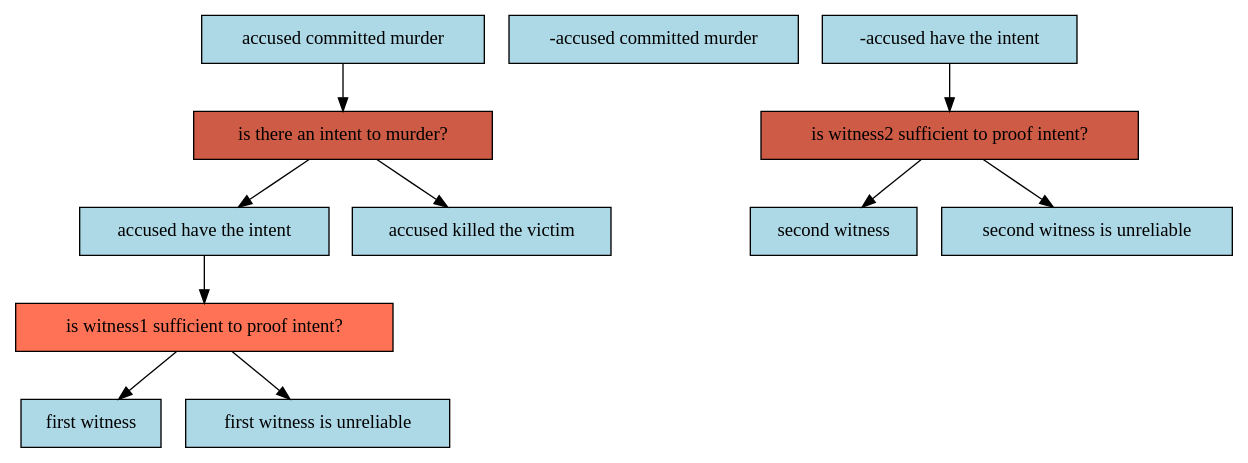
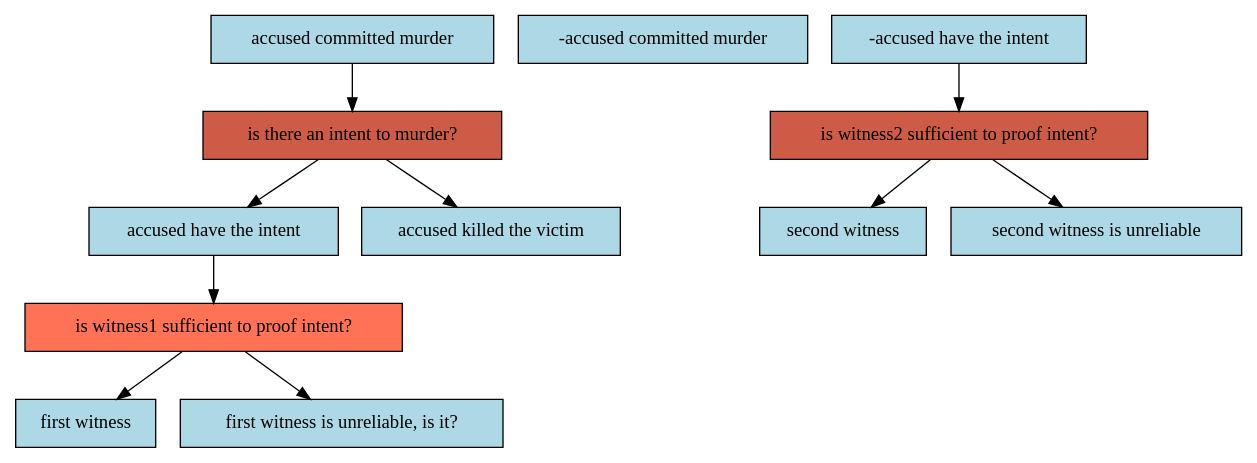
One commit to goweiting/carneades-ext changed the diagram in system/dot/example.yml.dot. Above: the diagram before and after it, drawn with Graphviz. The commit also changed 6 other files, not shown here.

Commit message:
make commas sensitive to sequences only

```diff
--- a/system/dot/example.yml.dot
+++ b/system/dot/example.yml.dot
@@ -1,23 +1,23 @@
 digraph G{ 
 "is there an intent to murder?" [color="black", fillcolor="coral3", width=.75, shape=box, style="filled"]; 
 "accused committed murder" [color="black", fillcolor="lightblue", fixedsize=false, width=1  shape="box", style="filled"]; 
 "-accused committed murder" [color="black", fillcolor="lightblue", fixedsize=false, width=1  shape="box", style="filled"]; 
 "accused have the intent" [color="black", fillcolor="lightblue", fixedsize=false, width=1  shape="box", style="filled"]; 
 "accused killed the victim" [color="black", fillcolor="lightblue", fixedsize=false, width=1  shape="box", style="filled"]; 
 "is witness1 sufficient to proof intent?" [color="black", fillcolor="coral1", width=.75, shape=box, style="filled"]; 
 "-accused have the intent" [color="black", fillcolor="lightblue", fixedsize=false, width=1  shape="box", style="filled"]; 
 "first witness" [color="black", fillcolor="lightblue", fixedsize=false, width=1  shape="box", style="filled"]; 
-"first witness is unreliable" [color="black", fillcolor="lightblue", fixedsize=false, width=1  shape="box", style="filled"]; 
+"first witness is unreliable, is it?" [color="black", fillcolor="lightblue", fixedsize=false, width=1  shape="box", style="filled"]; 
 "is witness2 sufficient to proof intent?" [color="black", fillcolor="coral3", width=.75, shape=box, style="filled"]; 
 "second witness" [color="black", fillcolor="lightblue", fixedsize=false, width=1  shape="box", style="filled"]; 
 "second witness is unreliable" [color="black", fillcolor="lightblue", fixedsize=false, width=1  shape="box", style="filled"]; 
 "accused committed murder" -> "is there an intent to murder?" ; 
 "is there an intent to murder?" -> "accused have the intent" ; 
 "is there an intent to murder?" -> "accused killed the victim" ; 
 "accused have the intent" -> "is witness1 sufficient to proof intent?" ; 
 "is witness1 sufficient to proof intent?" -> "first witness" ; 
-"is witness1 sufficient to proof intent?" -> "first witness is unreliable" ; 
+"is witness1 sufficient to proof intent?" -> "first witness is unreliable, is it?" ; 
 "-accused have the intent" -> "is witness2 sufficient to proof intent?" ; 
 "is witness2 sufficient to proof intent?" -> "second witness" ; 
 "is witness2 sufficient to proof intent?" -> "second witness is unreliable" ; 
 }
```
